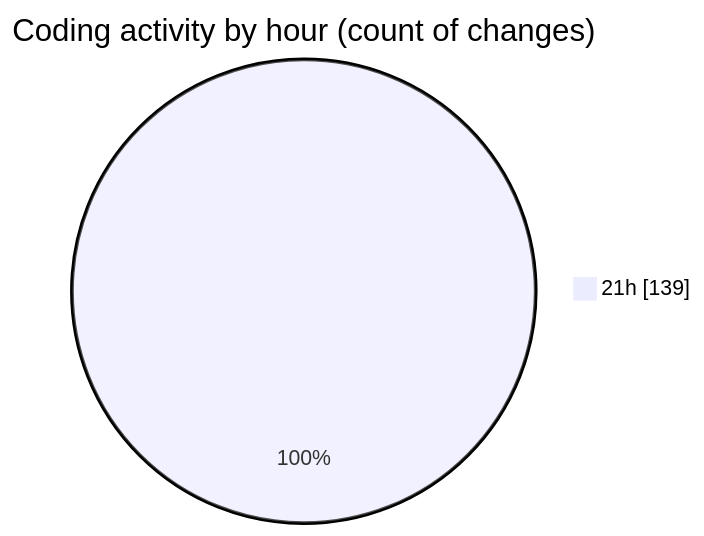
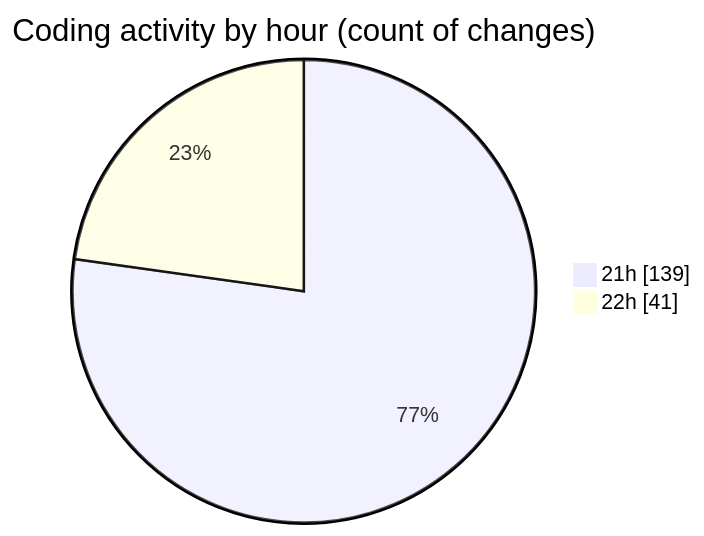
The second of 2 diagrams in 2025-08-03/javascript/README.md (Ritupan-Deka/code-tracking), drawn with Mermaid before and after one commit. The commit also changed other lines of this file and 1 other file, not shown here.

````diff
--- a/2025-08-03/javascript/README.md
+++ b/2025-08-03/javascript/README.md
@@ -31,5 +31,6 @@
 ```mermaid
 pie showData
 title Coding activity by hour (count of changes)
 "21h" : 139
+"22h" : 41
 ```
````
